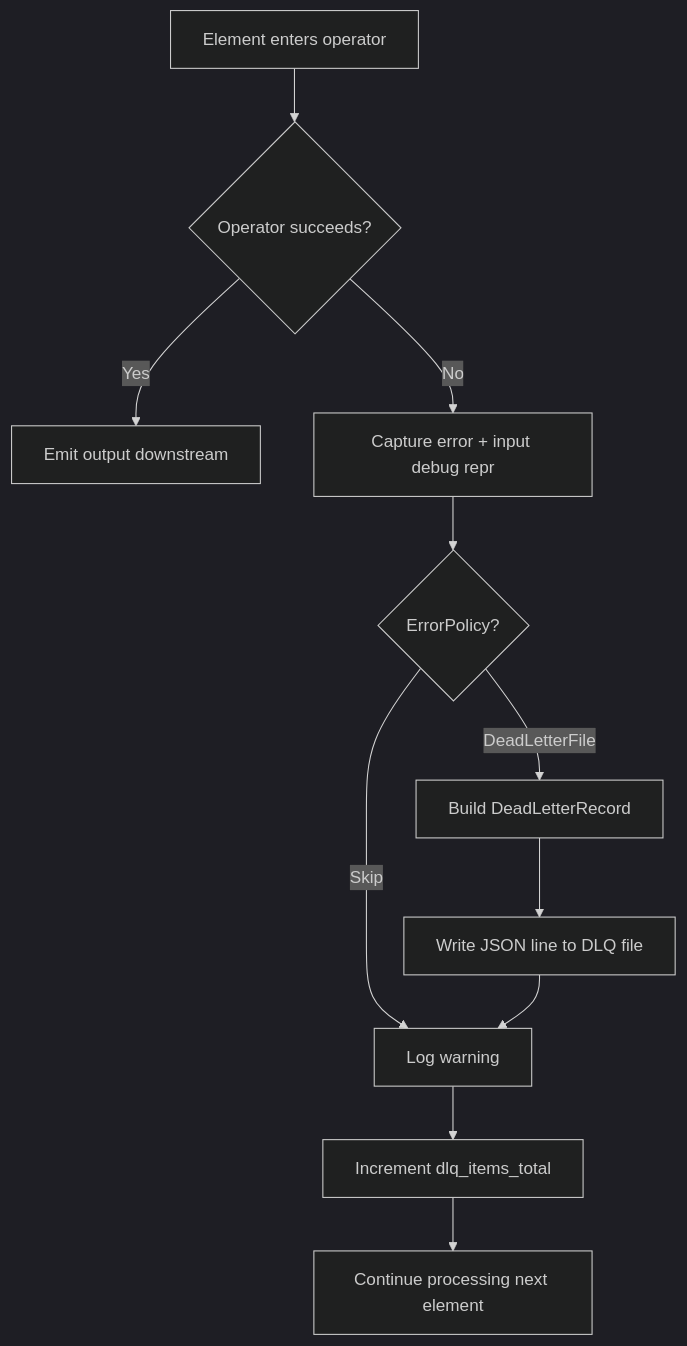
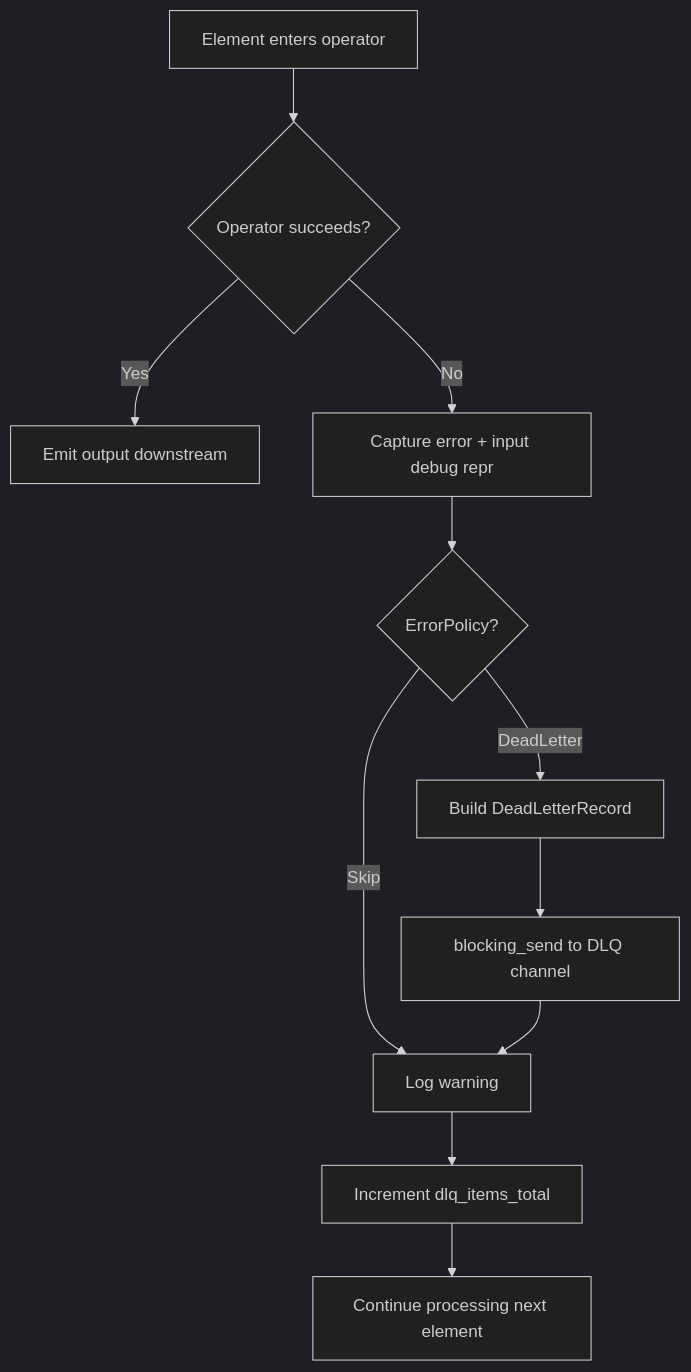
Before and after one commit to RcRonco/rhei: the first of 3 diagrams in ADR/dead-letter-queue.md, drawn with Mermaid (dark theme). The commit also changed other lines of this file and 12 other files, not shown here.

````diff
--- a/ADR/dead-letter-queue.md
+++ b/ADR/dead-letter-queue.md
@@ -67,13 +87,13 @@
 ```mermaid
 flowchart TD
     A[Element enters operator] --> B{Operator succeeds?}
     B -- Yes --> C[Emit output downstream]
     B -- No --> D[Capture error + input debug repr]
     D --> E{ErrorPolicy?}
     E -- Skip --> F[Log warning]
-    E -- DeadLetterFile --> G[Build DeadLetterRecord]
-    G --> H[Write JSON line to DLQ file]
+    E -- DeadLetter --> G[Build DeadLetterRecord]
+    G --> H[blocking_send to DLQ channel]
     H --> F
     F --> I[Increment dlq_items_total]
     I --> J[Continue processing next element]
 ```
````
